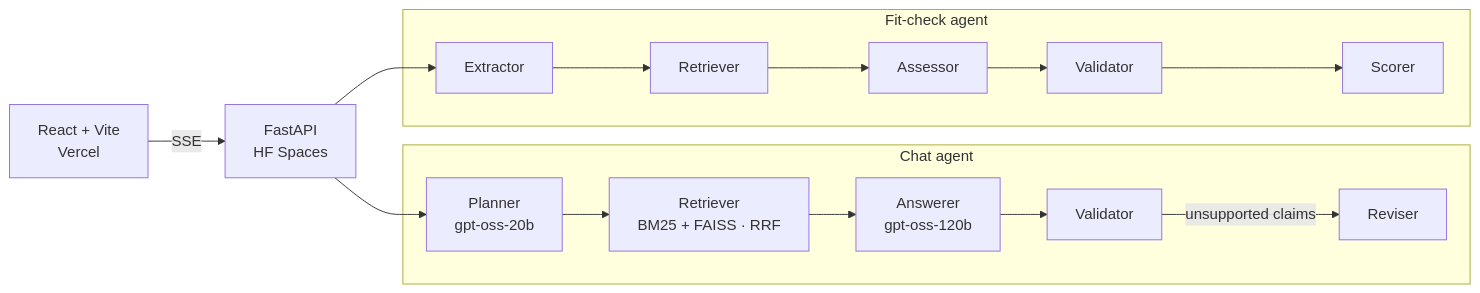
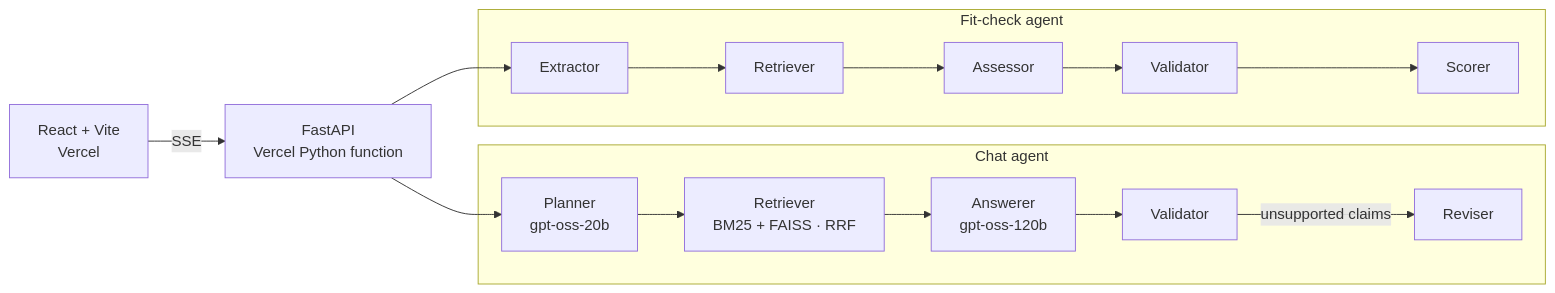
One commit to Devraj8068/ask-devraj changed the diagram in README.md. Above: the diagram before and after it, drawn with Mermaid. The commit also changed other lines of this file, not shown here.

Commit message:
Update README for Vercel deployment

````diff
--- a/README.md
+++ b/README.md
@@ -16,14 +16,14 @@
 ```mermaid
 flowchart LR
-    UI[React + Vite<br/>Vercel] -- SSE --> API[FastAPI<br/>HF Spaces]
+    UI[React + Vite<br/>Vercel] -- SSE --> API[FastAPI<br/>Vercel Python function]
     subgraph Chat agent
       P[Planner<br/>gpt-oss-20b] --> R[Retriever<br/>BM25 + FAISS · RRF]
       R --> A[Answerer<br/>gpt-oss-120b]
       A --> V[Validator] -- unsupported claims --> X[Reviser]
     end
     subgraph Fit-check agent
       E[Extractor] --> R2[Retriever] --> S[Assessor] --> V2[Validator] --> SC[Scorer]
     end
     API --> P
     API --> E
 ```
````
